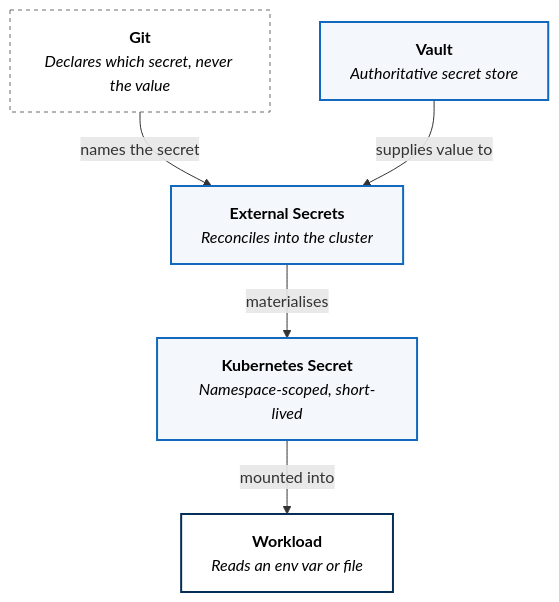
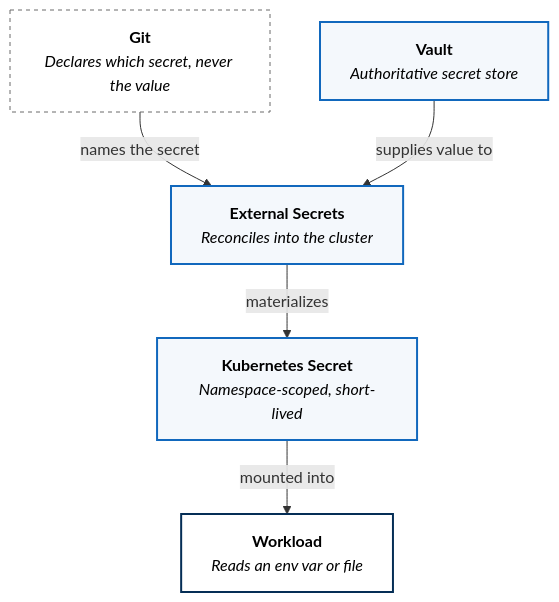
One commit to zavestudios/zavestudios changed the second of 2 diagrams in docs/architecture/platform-services/_index.md. Above: the diagram before and after it, drawn with Mermaid. The commit also changed other lines of this file and 7 other files, not shown here.

````diff
--- a/docs/architecture/platform-services/_index.md
+++ b/docs/architecture/platform-services/_index.md
@@ -99,20 +99,20 @@
 ```mermaid
 flowchart TB
   vault["<b>Vault</b><br/><i>Authoritative secret store</i>"]
   eso["<b>External Secrets</b><br/><i>Reconciles into the cluster</i>"]
   k8s["<b>Kubernetes Secret</b><br/><i>Namespace-scoped, short-lived</i>"]
   wl["<b>Workload</b><br/><i>Reads an env var or file</i>"]
   git["<b>Git</b><br/><i>Declares which secret, never the value</i>"]
 
   git -- "names the secret" --> eso
   vault -- "supplies value to" --> eso
-  eso -- "materialises" --> k8s
+  eso -- "materializes" --> k8s
   k8s -- "mounted into" --> wl
 
   classDef src  fill:#ffffff,stroke:#6b6b6b,stroke-width:1px,color:#000000,stroke-dasharray: 4 4
   classDef plat fill:#f4f8fc,stroke:#1168bd,stroke-width:2px,color:#000000
   classDef tent fill:#ffffff,stroke:#052e56,stroke-width:2px,color:#000000
   class git src
   class vault,eso,k8s plat
   class wl tent
 ```
````
